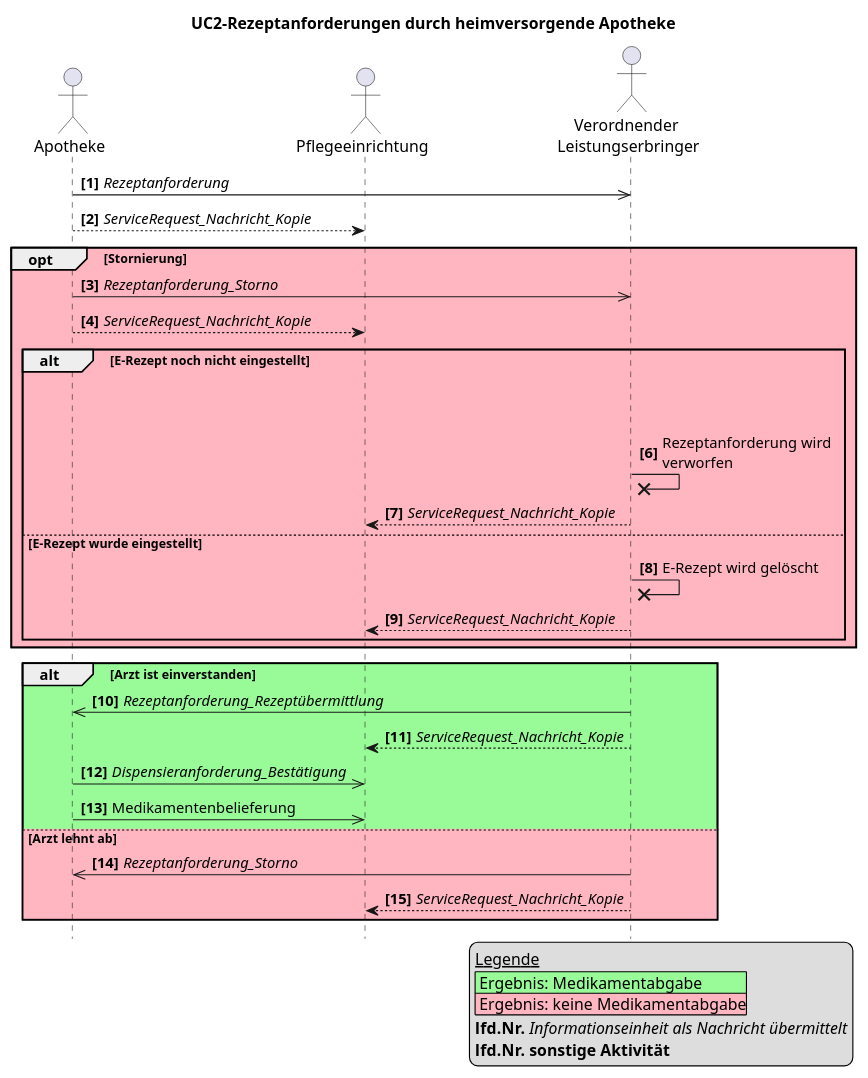
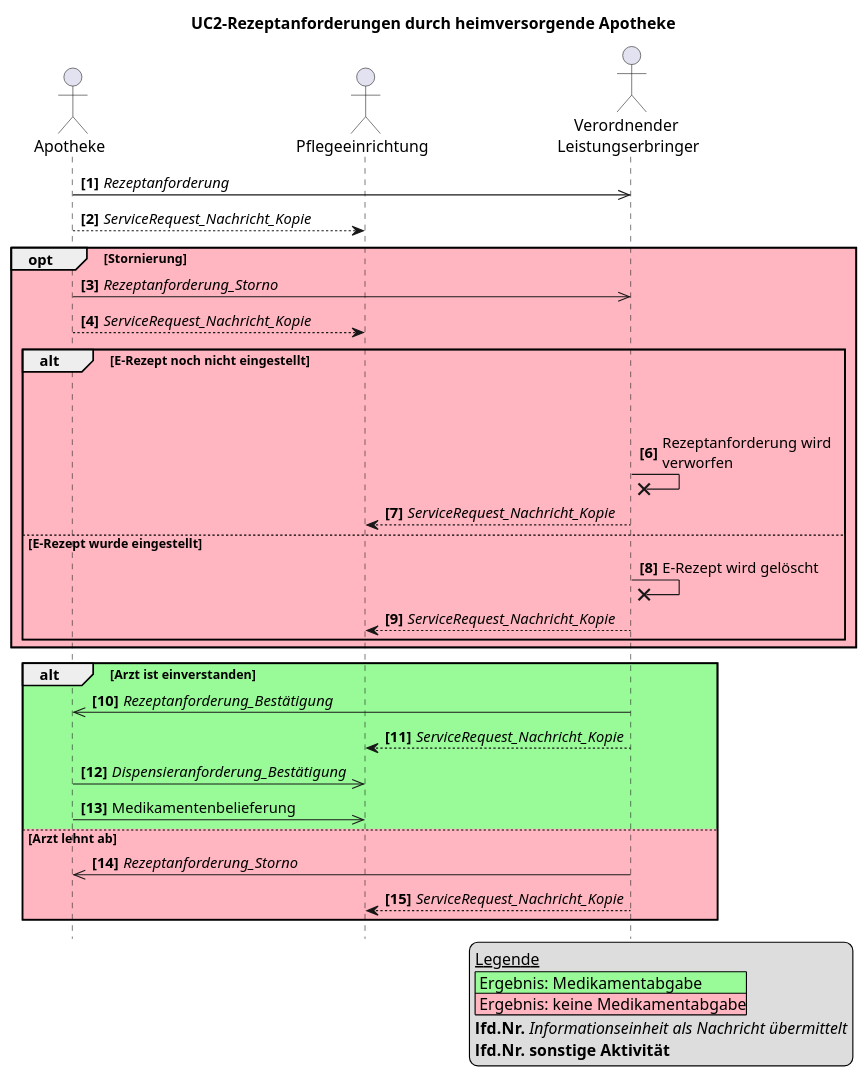
The diagram in Resources/puml/gemF_eRp_KIM/UC2-rezeptanforderung-apotheke.puml (gematik/spec-E-Rezept-ServiceRequest), drawn with PlantUML before and after one commit. The commit also changed 11 other files, not shown here.

```diff
--- a/Resources/puml/gemF_eRp_KIM/UC2-rezeptanforderung-apotheke.puml
+++ b/Resources/puml/gemF_eRp_KIM/UC2-rezeptanforderung-apotheke.puml
@@ -1,51 +1,51 @@
 @startuml name = "UC2-Rezeptanforderung-Apotheke"
 
 
 skinparam maxMessageSize 200
 
 actor Apotheke
 actor "Pflegeeinrichtung" as Pflegeeinrichtung
 actor "Verordnender \nLeistungserbringer" as Arztpraxis
 
 title UC2-Rezeptanforderungen durch heimversorgende Apotheke
 hide footbox
 autonumber "<b>[0]"
 
 legend bottom right
     __Legende__
     |<#PaleGreen> Ergebnis: Medikamentabgabe|
     |<#LightPink> Ergebnis: keine Medikamentabgabe|
     **lfd.Nr.** //Informationseinheit als Nachricht übermittelt//
     **lfd.Nr.** **sonstige Aktivität**
 endlegend
 
 Apotheke ->> Arztpraxis: //Rezeptanforderung//
 Apotheke --> Pflegeeinrichtung: //ServiceRequest_Nachricht_Kopie//
 
 opt #LightPink Stornierung
     Apotheke ->> Arztpraxis: //Rezeptanforderung_Storno//
     Apotheke --> Pflegeeinrichtung: //ServiceRequest_Nachricht_Kopie//
     alt #LightPink E-Rezept noch nicht eingestellt
     Apotheke -[hidden]-> Arztpraxis: Rezeptanforderung wird verworfen
         Arztpraxis ->x Arztpraxis: Rezeptanforderung wird verworfen
         Arztpraxis --> Pflegeeinrichtung: //ServiceRequest_Nachricht_Kopie//
     else #LightPink E-Rezept wurde eingestellt
         Arztpraxis ->x Arztpraxis: E-Rezept wird gelöscht
         Arztpraxis --> Pflegeeinrichtung: //ServiceRequest_Nachricht_Kopie//
     end
 end
 
 
 alt #PaleGreen Arzt ist einverstanden 
-    Arztpraxis ->> Apotheke: //Rezeptanforderung_Rezeptübermittlung//
+    Arztpraxis ->> Apotheke: //Rezeptanforderung_Bestätigung//
     Arztpraxis --> Pflegeeinrichtung: //ServiceRequest_Nachricht_Kopie//
     Apotheke ->> Pflegeeinrichtung: //Dispensieranforderung_Bestätigung//
     Apotheke ->> Pflegeeinrichtung: Medikamentenbelieferung
 
 else #LightPink Arzt lehnt ab
     Arztpraxis ->> Apotheke: //Rezeptanforderung_Storno//
     Arztpraxis --> Pflegeeinrichtung: //ServiceRequest_Nachricht_Kopie//
 end
 
 
 @enduml
```
